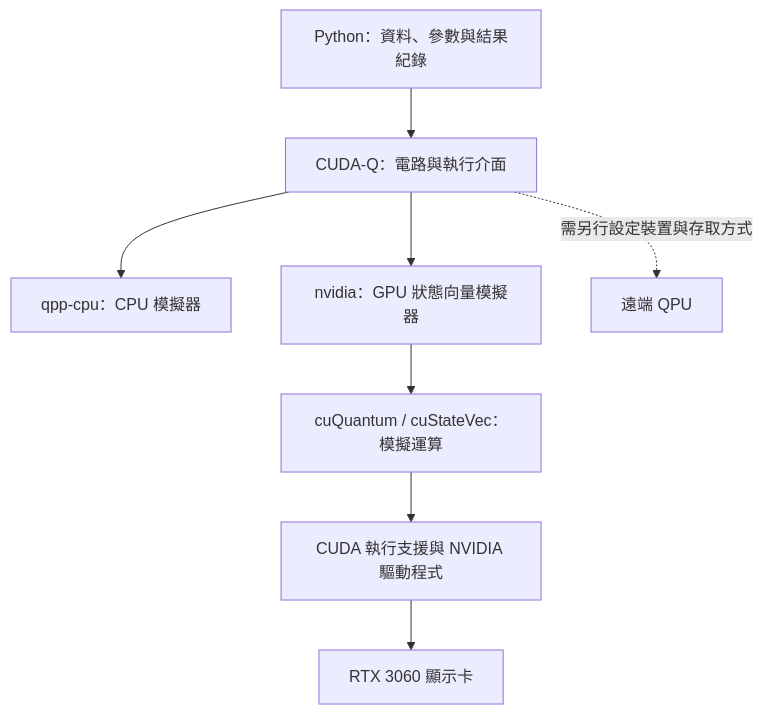
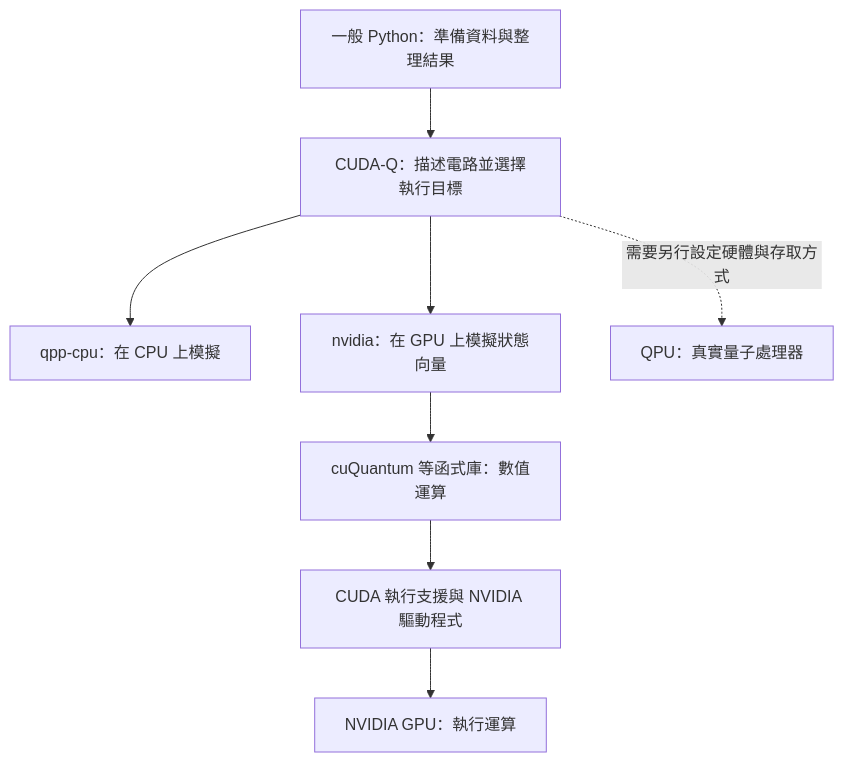
One commit to kancheng/qml-engineering-30-days changed the diagram in articles/day06/README.md. Above: the diagram before and after it, drawn with Mermaid. The commit also changed other lines of this file and 7 other files, not shown here.

````diff
--- a/articles/day06/README.md
+++ b/articles/day06/README.md
@@ -29,10 +39,10 @@
 ```mermaid
 flowchart TD
-    A[Python：資料、參數與結果紀錄] --> B[CUDA-Q：電路與執行介面]
-    B --> C[qpp-cpu：CPU 模擬器]
-    B --> D[nvidia：GPU 狀態向量模擬器]
-    D --> E[cuQuantum / cuStateVec：模擬運算]
+    A[一般 Python：準備資料與整理結果] --> B[CUDA-Q：描述電路並選擇執行目標]
+    B --> C[qpp-cpu：在 CPU 上模擬]
+    B --> D[nvidia：在 GPU 上模擬狀態向量]
+    D --> E[cuQuantum 等函式庫：數值運算]
     E --> F[CUDA 執行支援與 NVIDIA 驅動程式]
-    F --> G[RTX 3060 顯示卡]
-    B -. 需另行設定裝置與存取方式 .-> H[遠端 QPU]
+    F --> G[NVIDIA GPU：執行運算]
+    B -. 需要另行設定硬體與存取方式 .-> H[QPU：真實量子處理器]
 ```
````
